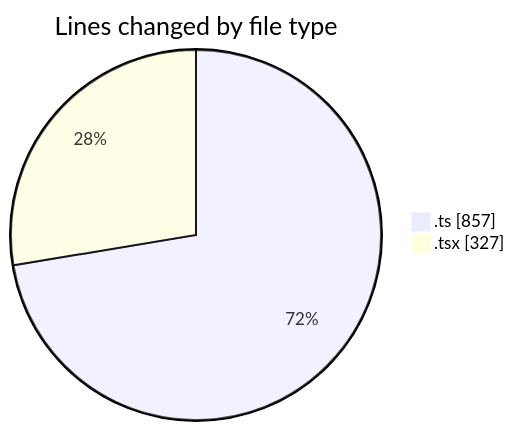
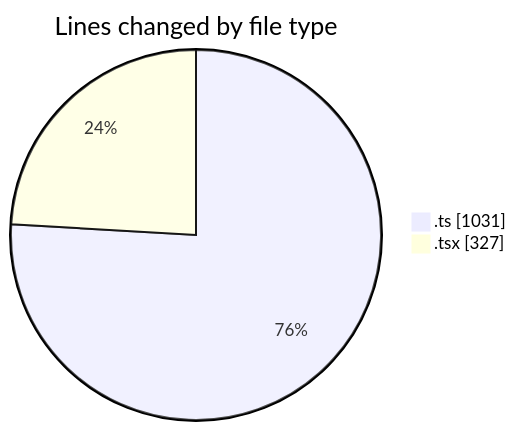
Before and after one commit to momahboobian/code-tracking: the first of 2 diagrams in 2025-09-02/cda/README.md, drawn with Mermaid. The commit also changed other lines of this file and 1 other file, not shown here.

````diff
--- a/2025-09-02/cda/README.md
+++ b/2025-09-02/cda/README.md
@@ -28,6 +28,6 @@
 ```mermaid
 pie showData
 title Lines changed by file type
-".ts" : 857
+".ts" : 1031
 ".tsx" : 327
 ```
````
